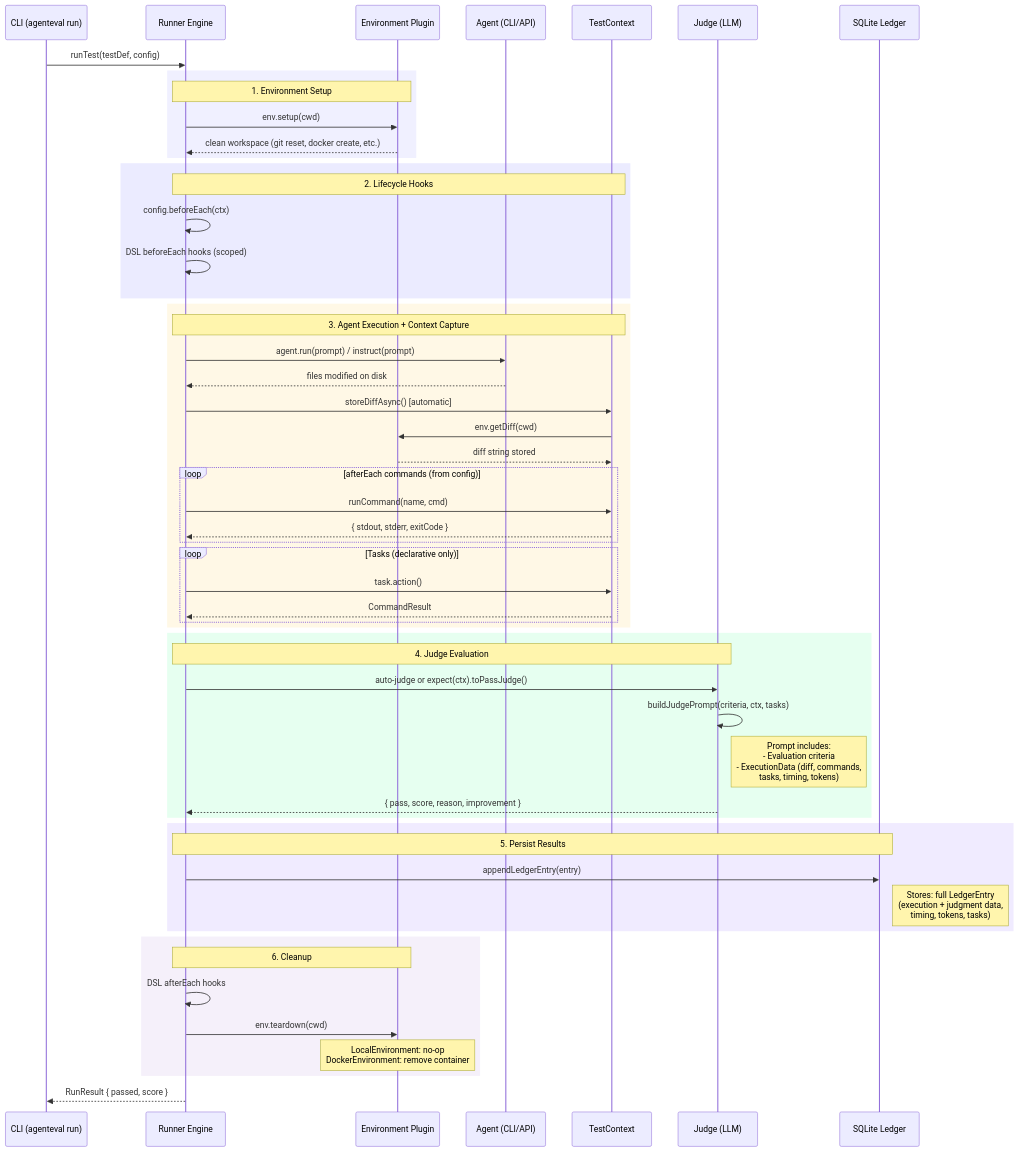
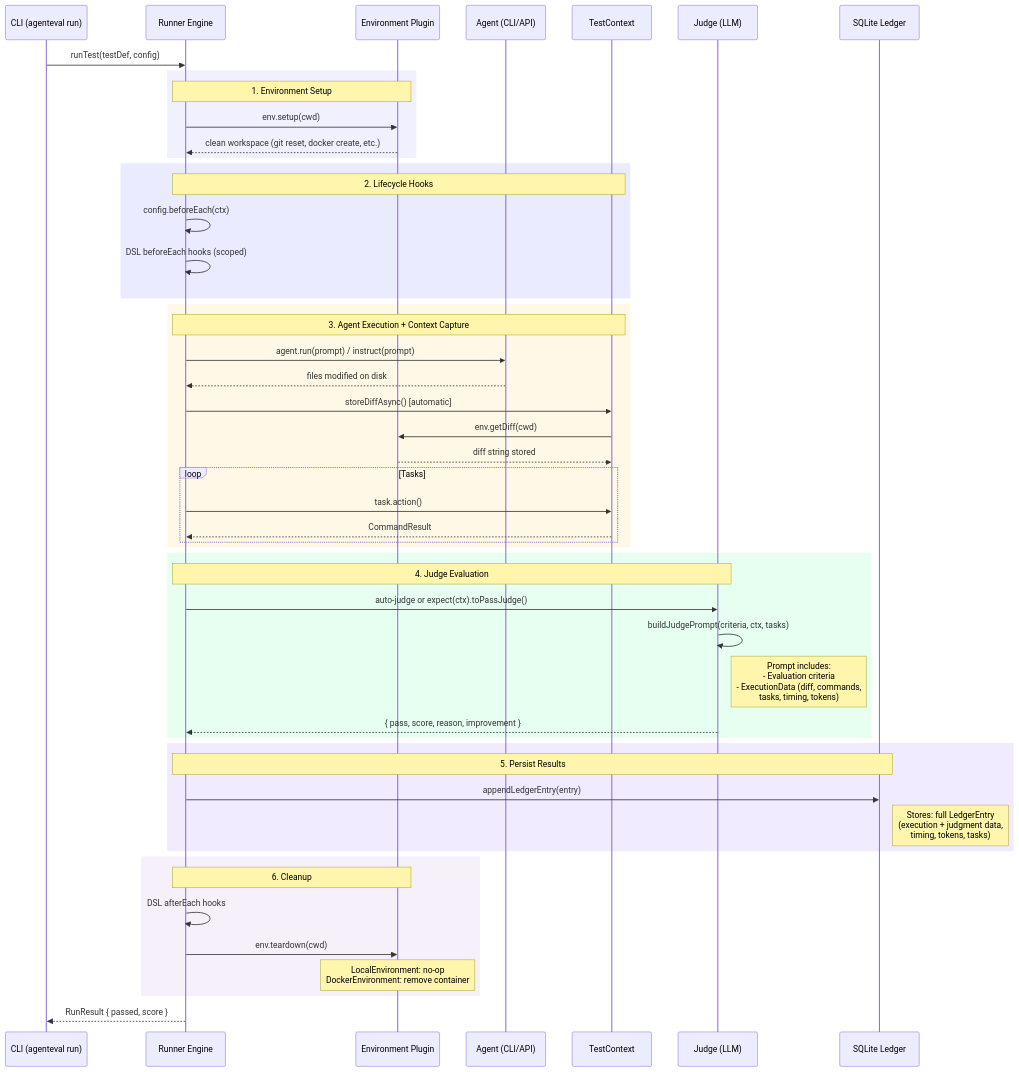
Before and after one commit to Tlahey/agent-eval: the third of 5 diagrams in apps/docs/guide/architecture.md, drawn with Mermaid. The commit also changed other lines of this file and 23 other files, not shown here.

First line of the commit message:
refactor: remove deprecated config afterEach commands

````diff
--- a/apps/docs/guide/architecture.md
+++ b/apps/docs/guide/architecture.md
@@ -178,66 +178,61 @@
 ```mermaid
 sequenceDiagram
     participant CLI as CLI (agenteval run)
     participant Runner as Runner Engine
     participant Git as Environment Plugin
     participant Agent as Agent (CLI/API)
     participant Ctx as TestContext
     participant Judge as Judge (LLM)
     participant Ledger as SQLite Ledger
 
     CLI->>Runner: runTest(testDef, config)
 
     rect rgb(240, 240, 255)
         Note over Runner,Git: 1. Environment Setup
         Runner->>Git: env.setup(cwd)
         Git-->>Runner: clean workspace (git reset, docker create, etc.)
     end
 
     rect rgb(235, 235, 255)
         Note over Runner,Ctx: 2. Lifecycle Hooks
         Runner->>Runner: config.beforeEach(ctx)
         Runner->>Runner: DSL beforeEach hooks (scoped)
     end
 
     rect rgb(255, 248, 230)
         Note over Runner,Ctx: 3. Agent Execution + Context Capture
         Runner->>Agent: agent.run(prompt) / instruct(prompt)
         Agent-->>Runner: files modified on disk
         Runner->>Ctx: storeDiffAsync() [automatic]
         Ctx->>Git: env.getDiff(cwd)
         Git-->>Ctx: diff string stored
 
-        loop afterEach commands (from config)
-            Runner->>Ctx: runCommand(name, cmd)
-            Ctx-->>Runner: { stdout, stderr, exitCode }
-        end
-
-        loop Tasks (declarative only)
+        loop Tasks
             Runner->>Ctx: task.action()
             Ctx-->>Runner: CommandResult
         end
     end
 
     rect rgb(230, 255, 240)
         Note over Runner,Judge: 4. Judge Evaluation
         Runner->>Judge: auto-judge or expect(ctx).toPassJudge()
         Judge->>Judge: buildJudgePrompt(criteria, ctx, tasks)
         Note right of Judge: Prompt includes:<br/>- Evaluation criteria<br/>- ExecutionData (diff, commands,<br/>tasks, timing, tokens)
         Judge-->>Runner: { pass, score, reason, improvement }
     end
 
     rect rgb(240, 235, 255)
         Note over Runner,Ledger: 5. Persist Results
         Runner->>Ledger: appendLedgerEntry(entry)
         Note right of Ledger: Stores: full LedgerEntry<br/>(execution + judgment data,<br/>timing, tokens, tasks)
     end
 
     rect rgb(245, 240, 250)
         Note over Runner,Git: 6. Cleanup
         Runner->>Runner: DSL afterEach hooks
         Runner->>Git: env.teardown(cwd)
         Note over Git: LocalEnvironment: no-op<br/>DockerEnvironment: remove container
     end
 
     Runner-->>CLI: RunResult { passed, score }
 ```
````
